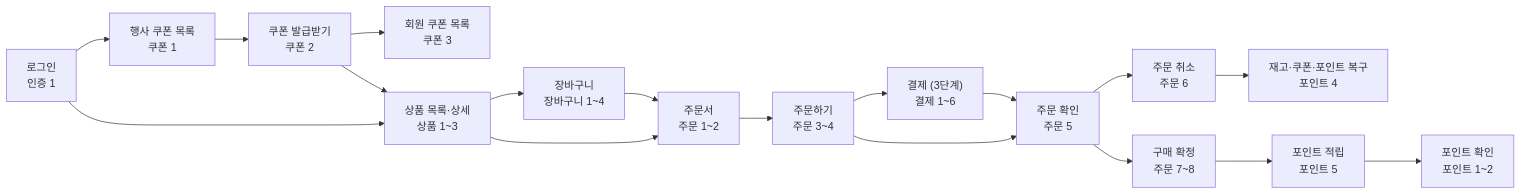
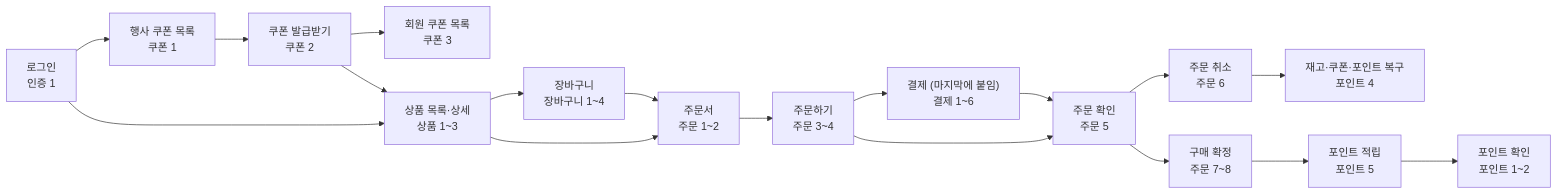
The first of 2 diagrams in docs/reference/user-flows.md (KAPUIST/flash-gate), drawn with Mermaid before and after one commit. The commit also changed other lines of this file and 33 other files, not shown here.

````diff
--- a/docs/reference/user-flows.md
+++ b/docs/reference/user-flows.md
@@ -9,20 +8,20 @@
 ```mermaid
 flowchart LR
     login["로그인<br/>인증 1"] --> event["행사 쿠폰 목록<br/>쿠폰 1"]
     event --> issue["쿠폰 발급받기<br/>쿠폰 2"]
     issue --> myCoupons["회원 쿠폰 목록<br/>쿠폰 3"]
     login --> browse["상품 목록·상세<br/>상품 1~3"]
     issue --> browse
     browse --> cart["장바구니<br/>장바구니 1~4"]
     browse --> sheet["주문서<br/>주문 1~2"]
     cart --> sheet
     sheet --> order["주문하기<br/>주문 3~4"]
-    order --> pay["결제 (3단계)<br/>결제 1~6"]
+    order --> pay["결제 (마지막에 붙임)<br/>결제 1~6"]
     order --> detail["주문 확인<br/>주문 5"]
     pay --> detail
     detail --> cancel["주문 취소<br/>주문 6"]
     detail --> confirm["구매 확정<br/>주문 7~8"]
     confirm --> earn["포인트 적립<br/>포인트 5"]
     cancel --> restore["재고·쿠폰·포인트 복구<br/>포인트 4"]
     earn --> point["포인트 확인<br/>포인트 1~2"]
 ```
````
